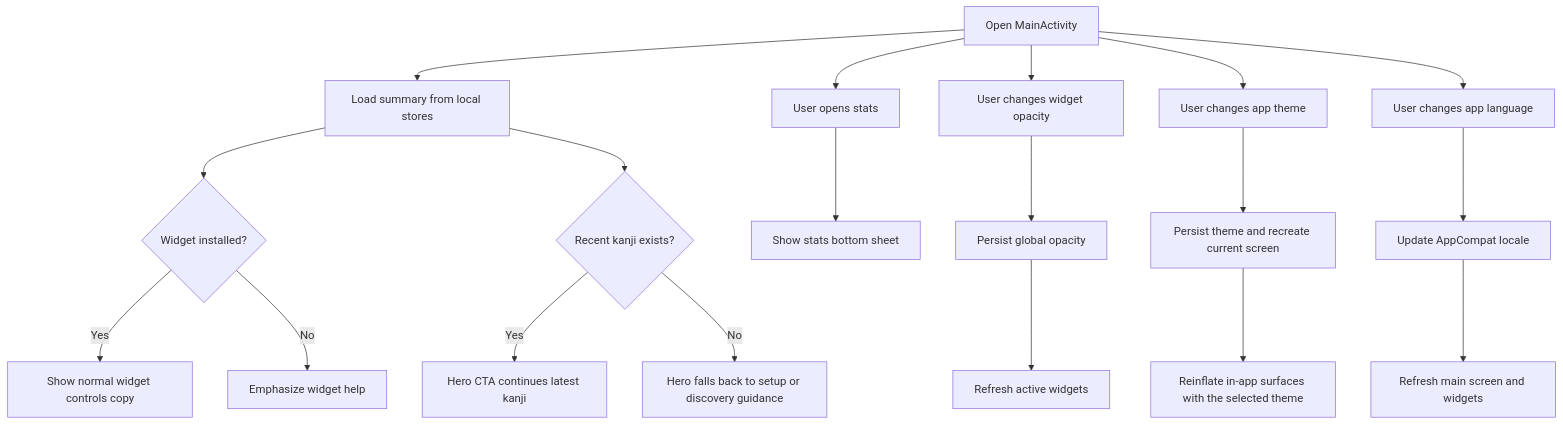
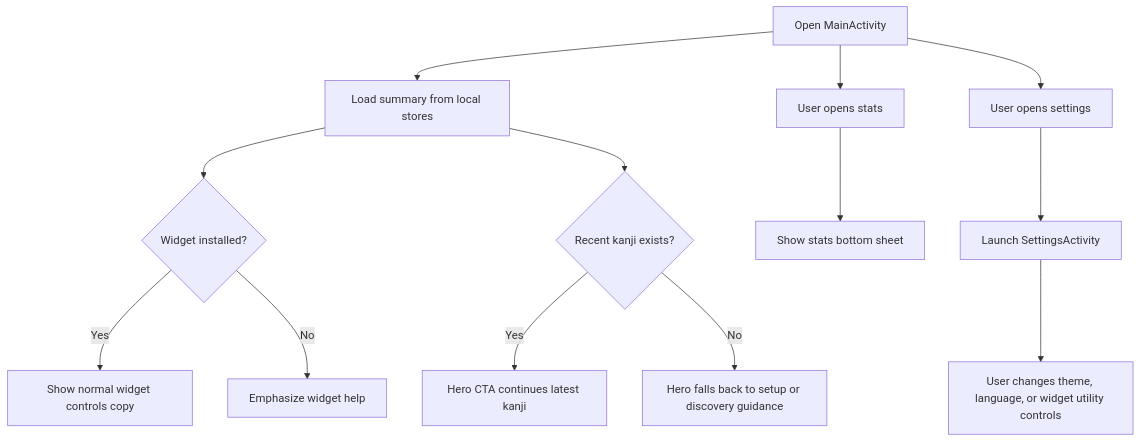
Before and after one commit to 2zcory/kanji-widget: the diagram in docs/detail-design/main-screen.md, drawn with Mermaid. The commit also changed other lines of this file and 8 other files, not shown here.

Commit message:
feat: move launcher controls into settings screen

````diff
--- a/docs/detail-design/main-screen.md
+++ b/docs/detail-design/main-screen.md
@@ -196,21 +154,15 @@
 ```mermaid
 flowchart TD
     A[Open MainActivity] --> B[Load summary from local stores]
     B --> C{Widget installed?}
     C -- Yes --> D[Show normal widget controls copy]
     C -- No --> E[Emphasize widget help]
     B --> F{Recent kanji exists?}
     F -- Yes --> G[Hero CTA continues latest kanji]
     F -- No --> H[Hero falls back to setup or discovery guidance]
     A --> I[User opens stats]
     I --> J[Show stats bottom sheet]
-    A --> K[User changes widget opacity]
-    K --> L[Persist global opacity]
-    L --> M[Refresh active widgets]
-    A --> N[User changes app theme]
-    N --> O[Persist theme and recreate current screen]
-    O --> P[Reinflate in-app surfaces with the selected theme]
-    A --> Q[User changes app language]
-    Q --> R[Update AppCompat locale]
-    R --> S[Refresh main screen and widgets]
+    A --> K[User opens settings]
+    K --> L[Launch SettingsActivity]
+    L --> M[User changes theme, language, or widget utility controls]
 ```
````
